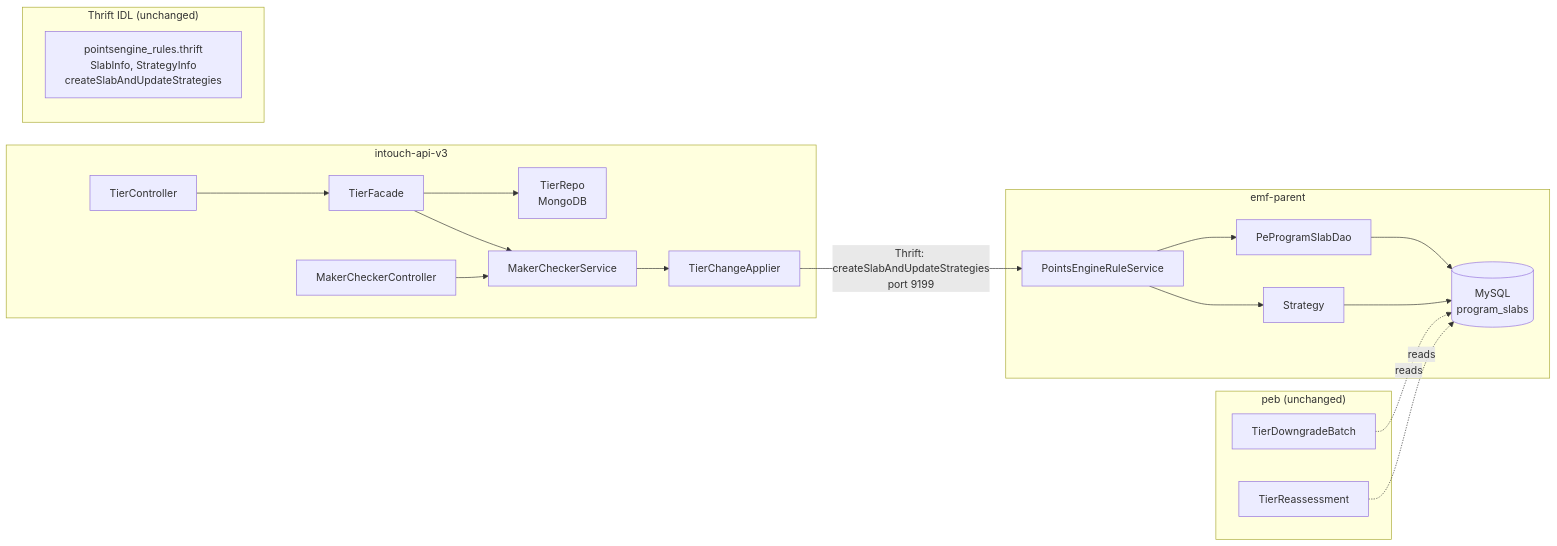
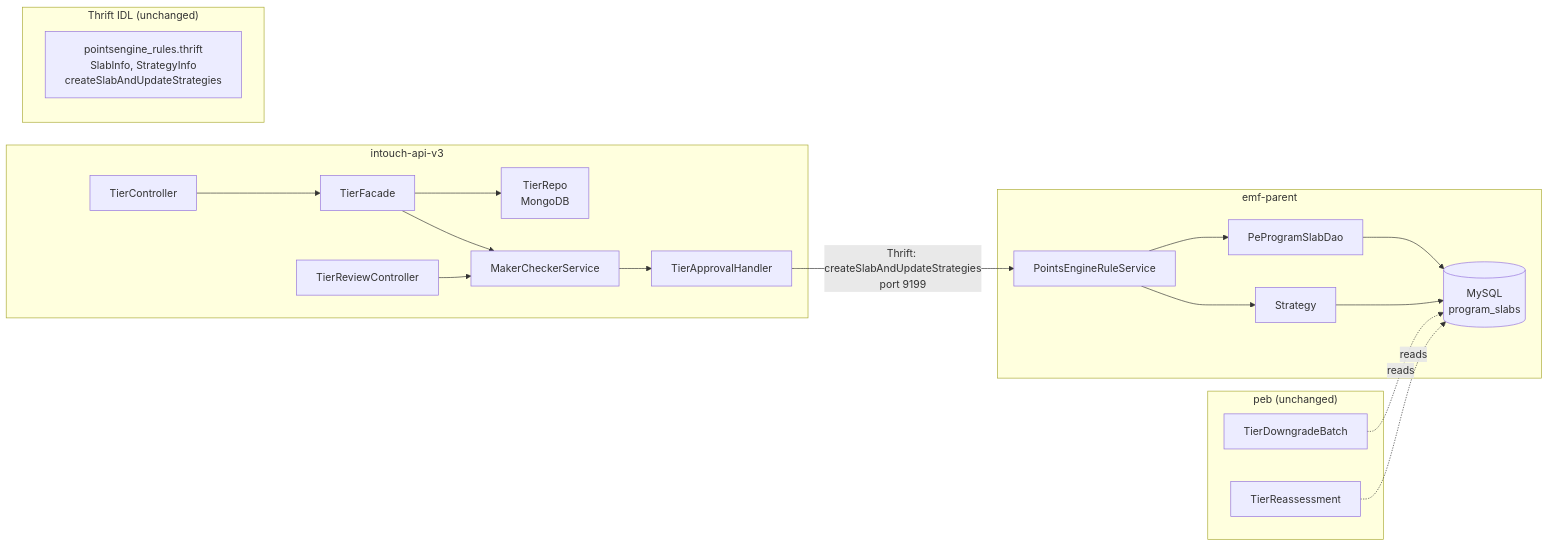
One commit to BaljeetSinghCapillaryTech/kalpavriksha changed the fifth of 5 diagrams in docs/pipeline/tier/cross-repo-trace.md. Above: the diagram before and after it, drawn with Mermaid. The commit also changed other lines of this file and 24 other files, not shown here.

````diff
--- a/docs/pipeline/tier/cross-repo-trace.md
+++ b/docs/pipeline/tier/cross-repo-trace.md
@@ -162,27 +162,27 @@
 ```mermaid
 graph LR
     subgraph "intouch-api-v3"
         TC[TierController] --> TF[TierFacade]
         TF --> TR[TierRepo<br/>MongoDB]
         TF --> MCS[MakerCheckerService]
-        MCS --> TCA[TierChangeApplier]
-        MC2[MakerCheckerController] --> MCS
+        MCS --> TAH[TierApprovalHandler]
+        TRC[TierReviewController] --> MCS
     end
     
     subgraph "emf-parent"
-        TCA -->|"Thrift: createSlabAndUpdateStrategies<br/>port 9199"| PERS[PointsEngineRuleService]
+        TAH[TierApprovalHandler] -->|"Thrift: createSlabAndUpdateStrategies<br/>port 9199"| PERS[PointsEngineRuleService]
         PERS --> PSD[PeProgramSlabDao]
         PERS --> STR[Strategy]
         PSD --> SQL[(MySQL<br/>program_slabs)]
         STR --> SQL
     end
     
     subgraph "peb (unchanged)"
         TDB[TierDowngradeBatch] -.->|reads| SQL
         TRS[TierReassessment] -.->|reads| SQL
     end
     
     subgraph "Thrift IDL (unchanged)"
         IDL[pointsengine_rules.thrift<br/>SlabInfo, StrategyInfo<br/>createSlabAndUpdateStrategies]
     end
 ```
````
